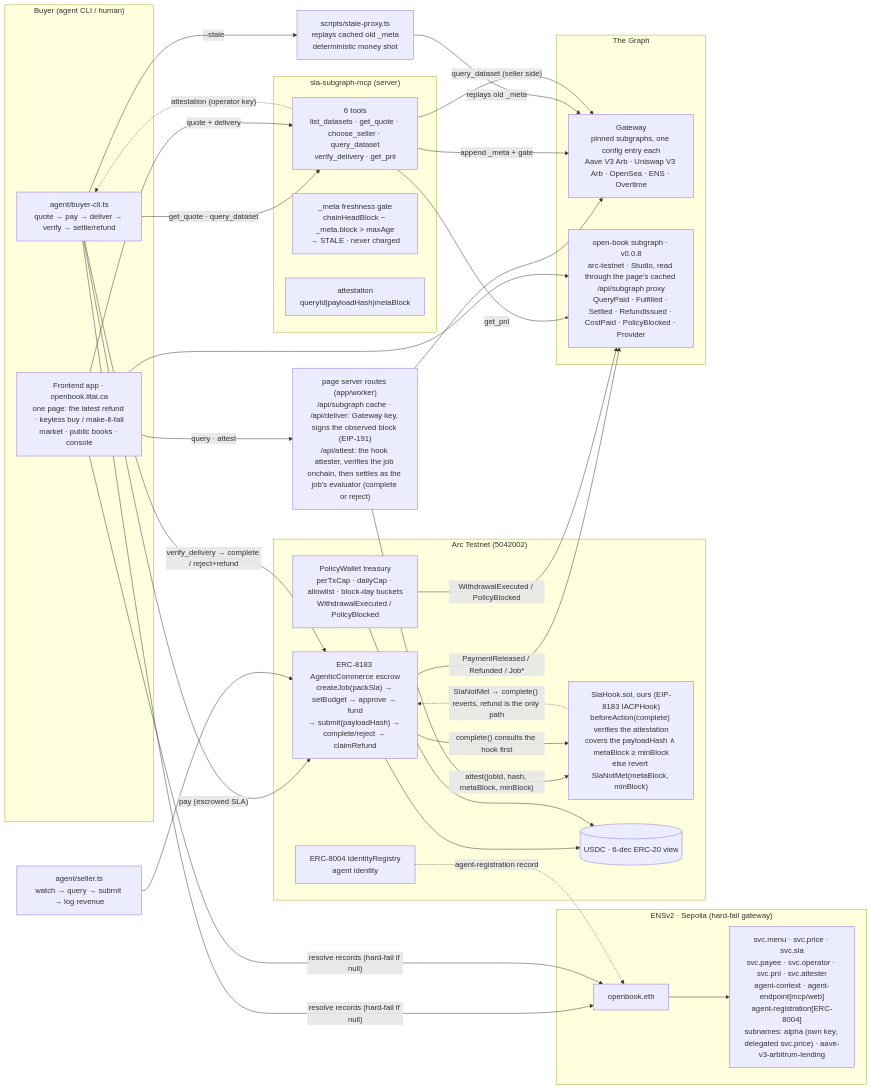
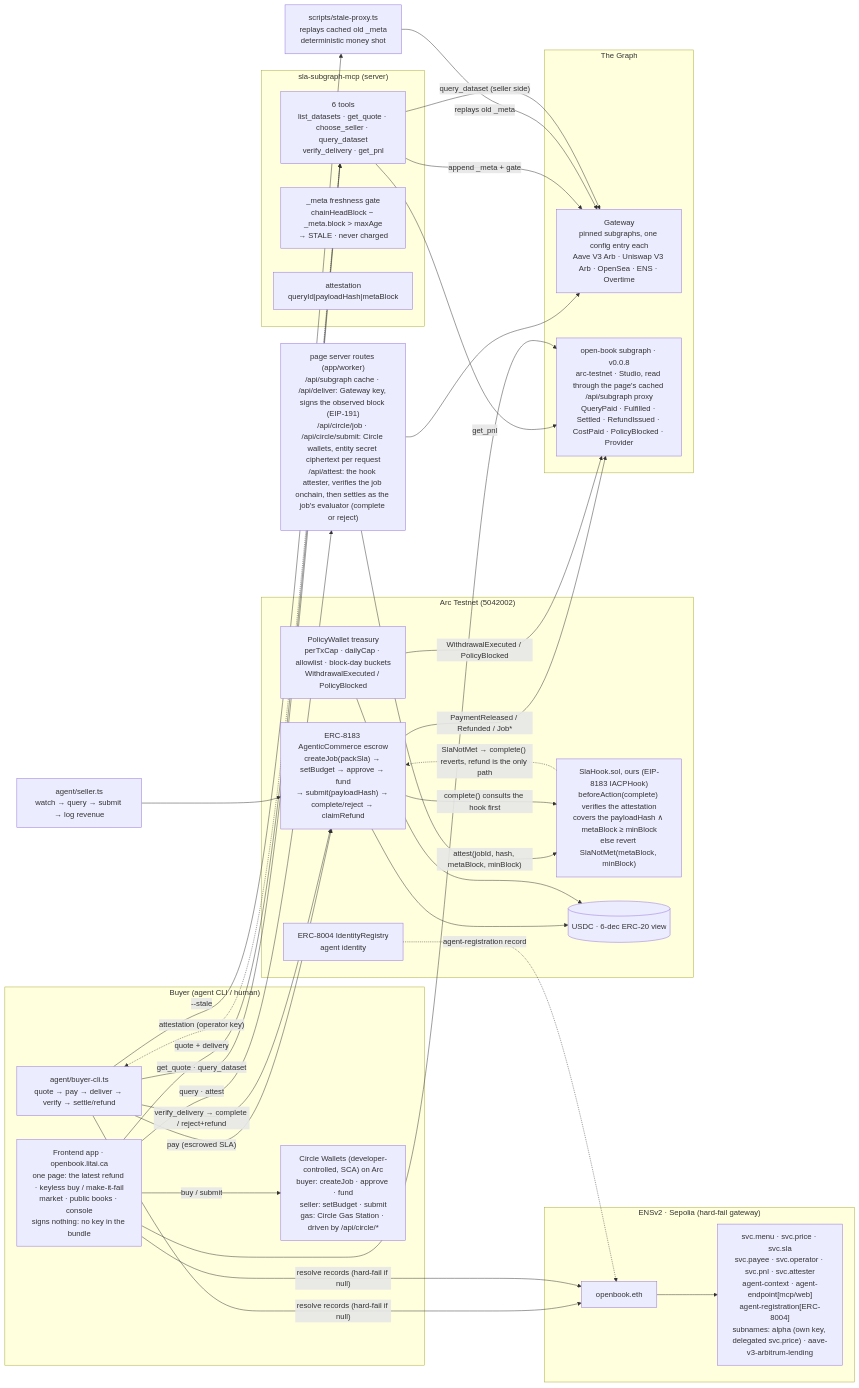
The diagram in docs/architecture.md (Aliserag/ethonline2026-openbook), drawn with Mermaid before and after one commit. The commit also changed 5 other files, not shown here.

Commit message:
docs+scripts(circle): README, diagram and walkthrough describe the Circle wallet design; provision and recycle scripts

````diff
--- a/docs/architecture.md
+++ b/docs/architecture.md
@@ -12,60 +12,62 @@
 ```mermaid
 flowchart LR
     subgraph BuyerSide["Buyer (agent CLI / human)"]
         BC[agent/buyer-cli.ts<br/>quote → pay → deliver → verify → settle/refund]
-        FE[Frontend app · openbook.litai.ca<br/>one page: the latest refund · keyless buy / make-it-fail<br/>market · public books · console]
+        FE[Frontend app · openbook.litai.ca<br/>one page: the latest refund · keyless buy / make-it-fail<br/>market · public books · console<br/>signs nothing: no key in the bundle]
+        CW["Circle Wallets (developer-controlled, SCA) on Arc<br/>buyer: createJob · approve · fund<br/>seller: setBudget · submit<br/>gas: Circle Gas Station · driven by /api/circle/*"]
+        FE -->|"buy / submit"| CW
     end
 
     subgraph ENSv2["ENSv2 · Sepolia (hard-fail gateway)"]
         NAME[openbook.eth]
         RECS["svc.menu · svc.price · svc.sla<br/>svc.payee · svc.operator · svc.pnl · svc.attester<br/>agent-context · agent-endpoint[mcp/web]<br/>agent-registration[ERC-8004]<br/>subnames: alpha (own key, delegated svc.price) · aave-v3-arbitrum-lending"]
         NAME --> RECS
     end
 
     subgraph Arc["Arc Testnet (5042002)"]
         J["ERC-8183 AgenticCommerce escrow<br/>createJob(packSla) → setBudget → approve → fund<br/>→ submit(payloadHash) → complete/reject → claimRefund"]
         HOOK["SlaHook.sol, ours (EIP-8183 IACPHook)<br/>beforeAction(complete) verifies the attestation<br/>covers the payloadHash ∧ metaBlock ≥ minBlock<br/>else revert SlaNotMet(metaBlock, minBlock)"]
         W["PolicyWallet treasury<br/>perTxCap · dailyCap · allowlist · block-day buckets<br/>WithdrawalExecuted / PolicyBlocked"]
         ID["ERC-8004 IdentityRegistry<br/>agent identity"]
         USDC[(USDC · 6-dec ERC-20 view)]
     end
 
     subgraph MCP["sla-subgraph-mcp (server)"]
         S["6 tools<br/>list_datasets · get_quote · choose_seller · query_dataset<br/>verify_delivery · get_pnl"]
         GATE["_meta freshness gate<br/>chainHeadBlock − _meta.block > maxAge<br/>→ STALE · never charged"]
         SIGN["attestation<br/>queryId|payloadHash|metaBlock"]
     end
 
     subgraph Graph["The Graph"]
         GW[Gateway<br/>pinned subgraphs, one config entry each<br/>Aave V3 Arb · Uniswap V3 Arb · OpenSea · ENS · Overtime]
         PNL[open-book subgraph · v0.0.8<br/>arc-testnet · Studio, read through the page's cached /api/subgraph proxy<br/>QueryPaid · Fulfilled · Settled · RefundIssued · CostPaid · PolicyBlocked · Provider]
     end
 
     SP[scripts/stale-proxy.ts<br/>replays cached old _meta<br/>deterministic money shot]
-    API["page server routes (app/worker)<br/>/api/subgraph cache · /api/deliver: Gateway key, signs the observed block (EIP-191)<br/>/api/attest: the hook attester, verifies the job onchain, then settles as the job's evaluator (complete or reject)"]
+    API["page server routes (app/worker)<br/>/api/subgraph cache · /api/deliver: Gateway key, signs the observed block (EIP-191)<br/>/api/circle/job · /api/circle/submit: Circle wallets, entity secret ciphertext per request<br/>/api/attest: the hook attester, verifies the job onchain, then settles as the job's evaluator (complete or reject)"]
     FE -->|"query · attest"| API
     API --> GW
     API -->|"attest(jobId, hash, metaBlock, minBlock)"| HOOK
 
     BC -->|"resolve records (hard-fail if null)"| NAME
     FE -->|"resolve records (hard-fail if null)"| NAME
     BC -->|"get_quote · query_dataset"| S
     FE -->|"quote + delivery"| S
     S -->|"append _meta + gate"| GW
     BC -->|"--stale"| SP
     SP -->|"replays old _meta"| GW
     BC -->|"pay (escrowed SLA)"| J
     S -->|"query_dataset (seller side)"| GW
     SEL[agent/seller.ts<br/>watch → query → submit → log revenue] --> J
     BC -->|"verify_delivery → complete / reject+refund"| J
     J -->|"complete() consults the hook first"| HOOK
     HOOK -.->|"SlaNotMet → complete() reverts, refund is the only path"| J
     J --> USDC
     J -->|"PaymentReleased / Refunded / Job*"| PNL
     W --> USDC
     W -->|"WithdrawalExecuted / PolicyBlocked"| PNL
     S -->|"get_pnl"| PNL
     FE --> PNL
     ID -.->|"agent-registration record"| NAME
     S -.->|"attestation (operator key)"| BC
 ```
````
